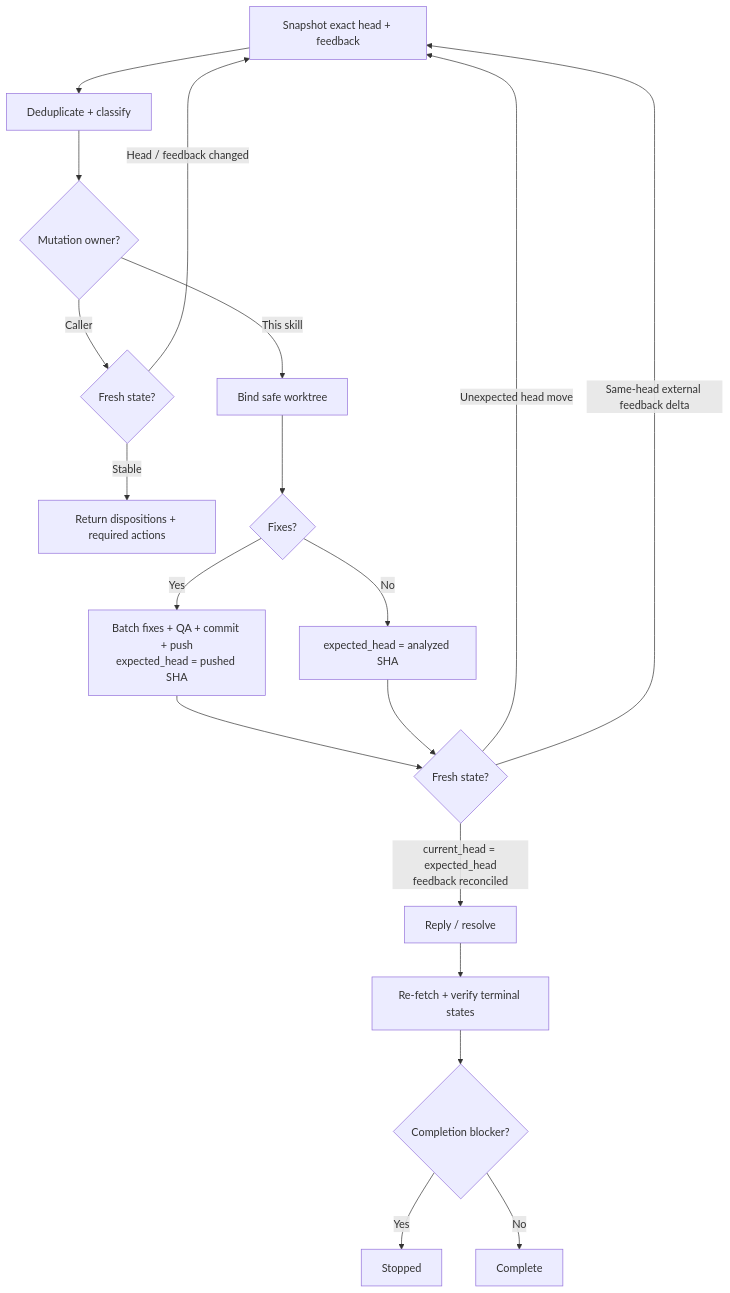
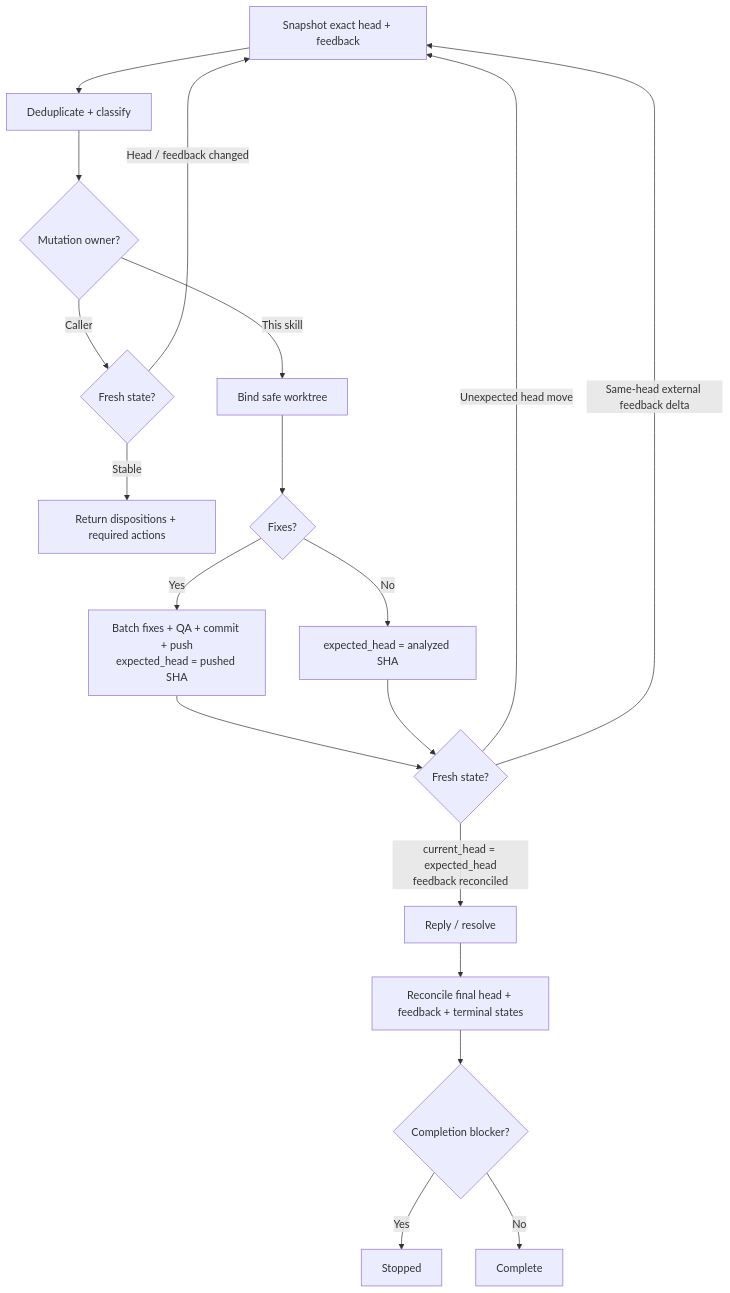
One commit to dceoy/ai-coding-agent-skills changed the diagram in skills/pr-feedback-triage/SKILL.md. Above: the diagram before and after it, drawn with Mermaid. The commit also changed other lines of this file, not shown here.

Commit message:
Reconcile full feedback after triage actions

````diff
--- a/skills/pr-feedback-triage/SKILL.md
+++ b/skills/pr-feedback-triage/SKILL.md
@@ -39,21 +39,21 @@
 ```mermaid
 flowchart TD
   A[Snapshot exact head + feedback] --> B[Deduplicate + classify]
   B --> C{Mutation owner?}
   C -->|Caller| D{Fresh state?}
   D -->|Head / feedback changed| A
   D -->|Stable| O[Return dispositions + required actions]
   C -->|This skill| E[Bind safe worktree]
   E --> F{Fixes?}
   F -->|Yes| G[Batch fixes + QA + commit + push\nexpected_head = pushed SHA]
   F -->|No| H[expected_head = analyzed SHA]
   G --> I{Fresh state?}
   H --> I
   I -->|Unexpected head move| A
   I -->|Same-head external feedback delta| A
   I -->|current_head = expected_head\nfeedback reconciled| J[Reply / resolve]
-  J --> K[Re-fetch + verify terminal states]
+  J --> K[Reconcile final head + feedback + terminal states]
   K --> L{Completion blocker?}
   L -->|Yes| M[Stopped]
   L -->|No| N[Complete]
 ```
````
